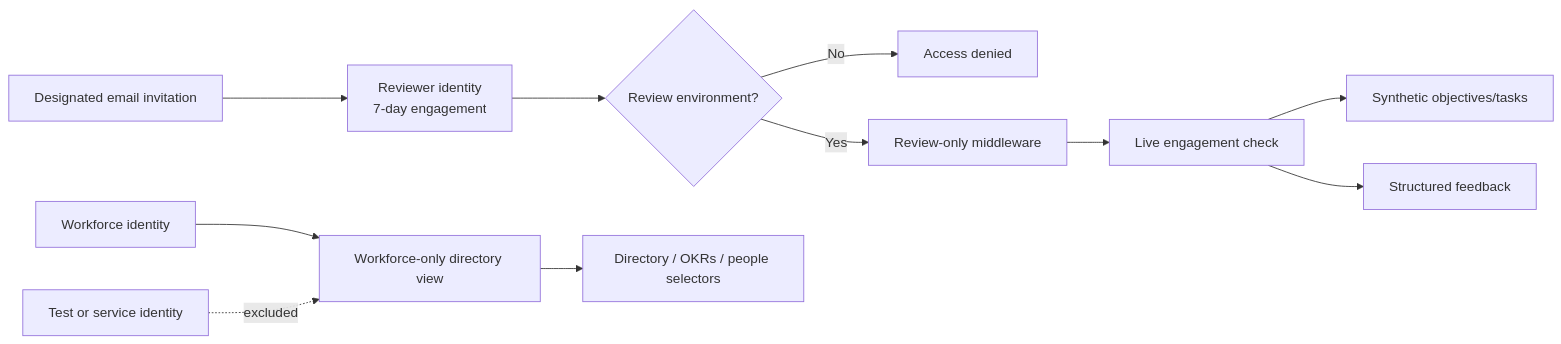
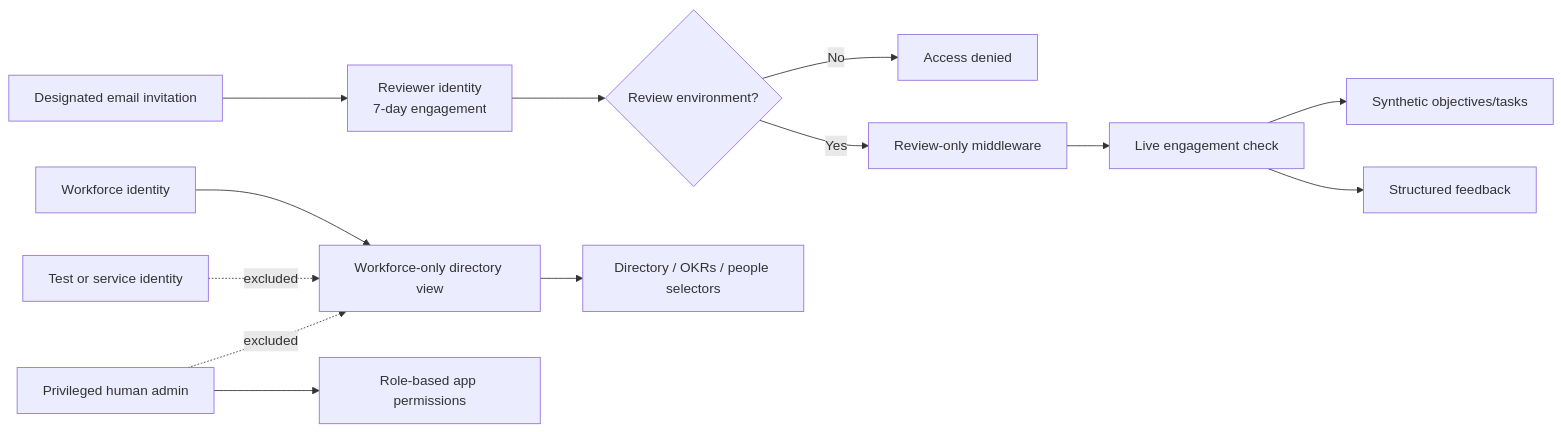
One commit to may24fc/sn-connect-app changed the diagram in docs/features/controlled-reviewer-access/optimization.md. Above: the diagram before and after it, drawn with Mermaid. The commit also changed other lines of this file and 14 other files, not shown here.

````diff
--- a/docs/features/controlled-reviewer-access/optimization.md
+++ b/docs/features/controlled-reviewer-access/optimization.md
@@ -38,13 +47,15 @@
 ```mermaid
 flowchart LR
   A[Designated email invitation] --> B[Reviewer identity<br/>7-day engagement]
   B --> C{Review environment?}
   C -- No --> D[Access denied]
   C -- Yes --> E[Review-only middleware]
   E --> F[Live engagement check]
   F --> G[Synthetic objectives/tasks]
   F --> H[Structured feedback]
   I[Workforce identity] --> J[Workforce-only directory view]
   J --> K[Directory / OKRs / people selectors]
   L[Test or service identity] -. excluded .-> J
+  M[Privileged human admin] --> N[Role-based app permissions]
+  M -. excluded .-> J
 ```
````
